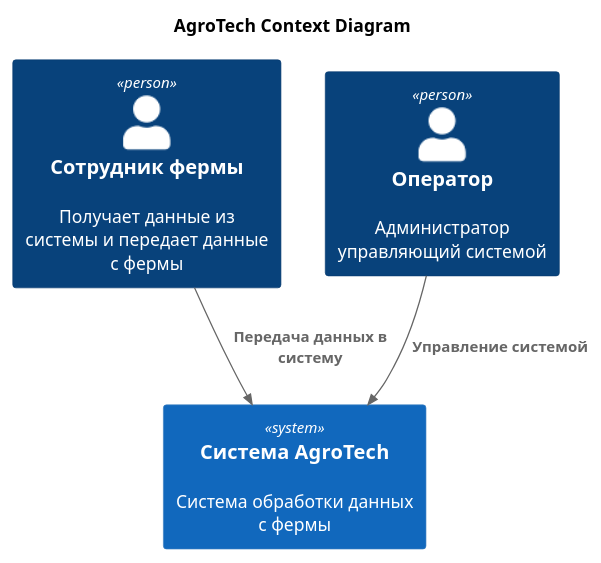
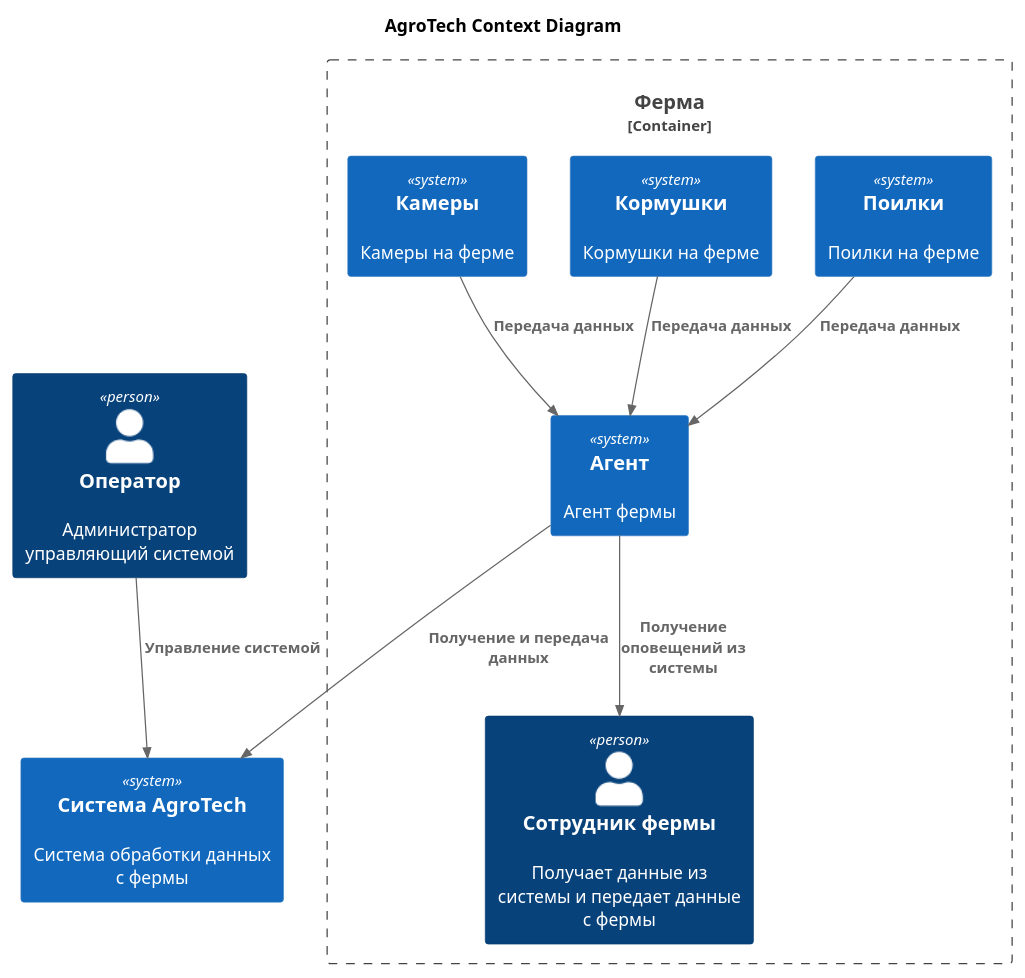
Before and after one commit to ChechelevNF/MSA-AgroTech: the diagram in Task1/Context.puml, drawn with PlantUML. The commit also changed 1 other file, not shown here.

Commit message:
изменил диаграмму контекста

```diff
--- a/Task1/Context.puml
+++ b/Task1/Context.puml
@@ -1,16 +1,27 @@
 @startuml
 title AgroTech Context Diagram
 
 top to bottom direction
 
 !includeurl https://raw.githubusercontent.com/RicardoNiepel/C4-PlantUML/master/C4_Component.puml
 
-Person(rancher, "Сотрудник фермы", "Получает данные из системы и передает данные с фермы")
 Person(operator, "Оператор", "Администратор управляющий системой ")
 System(AgroTechSystem, "Система AgroTech", "Система обработки данных с фермы")
 
-Rel(rancher, AgroTechSystem, "Передача данных в систему")
+Container_Boundary(Farm, "Ферма") {
+    Person(rancher, "Сотрудник фермы", "Получает данные из системы и передает данные с фермы")
+    System(DrinkingSystem, "Поилки", "Поилки на ферме")
+    System(FeedingSystem, "Кормушки", "Кормушки на ферме")
+    System(Cameras, "Камеры", "Камеры на ферме")
+    System(Agent, "Агент", "Агент фермы")
+}
+
+Rel(Agent, rancher, "Получение оповещений из системы")
 Rel(operator,AgroTechSystem,"Управление системой")
+Rel(DrinkingSystem, Agent, "Передача данных")
+Rel(FeedingSystem, Agent, "Передача данных")
+Rel(Cameras, Agent, "Передача данных")
+Rel(Agent, AgroTechSystem, "Получение и передача данных")
 
 
 @enduml
```
